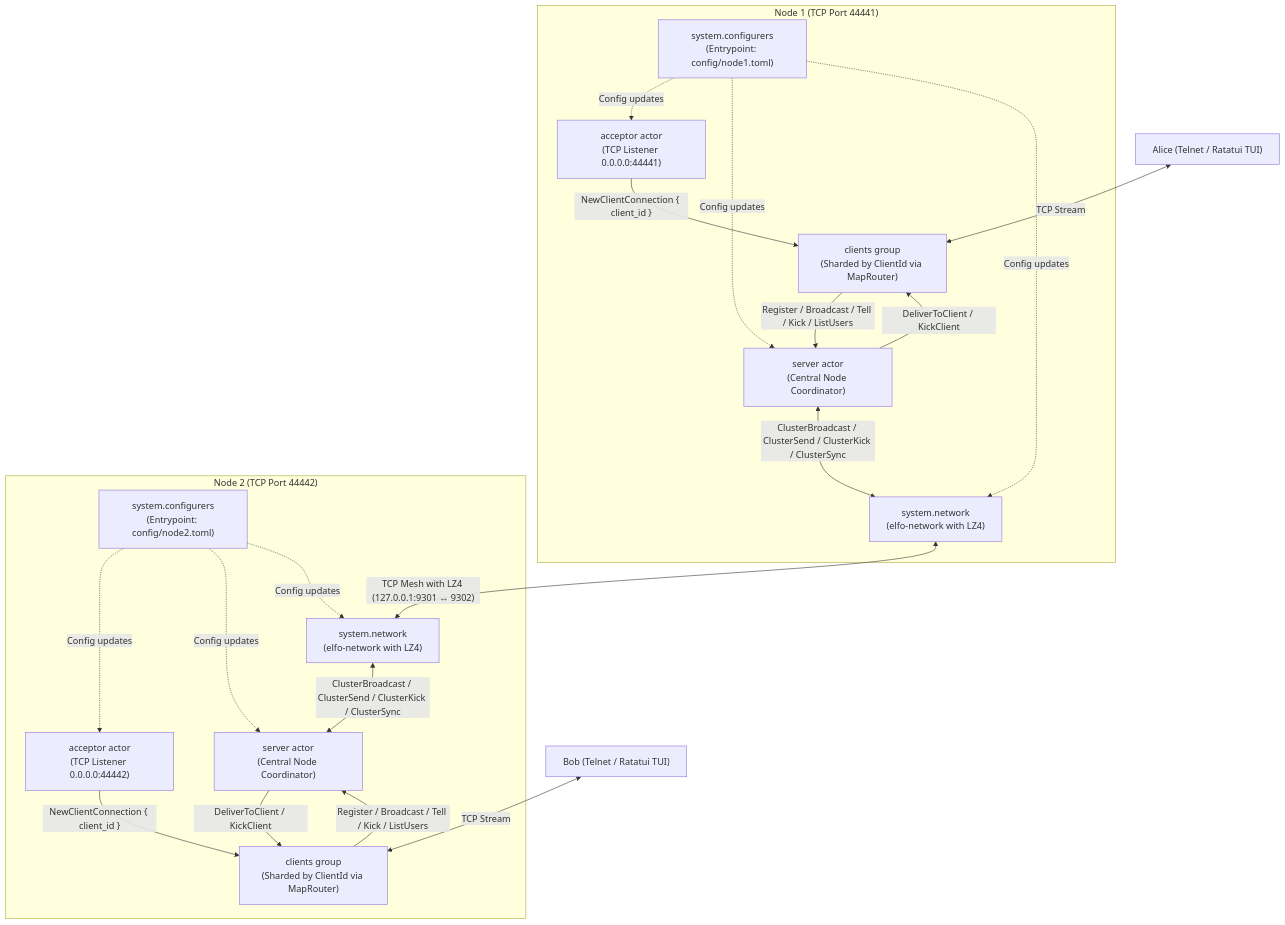
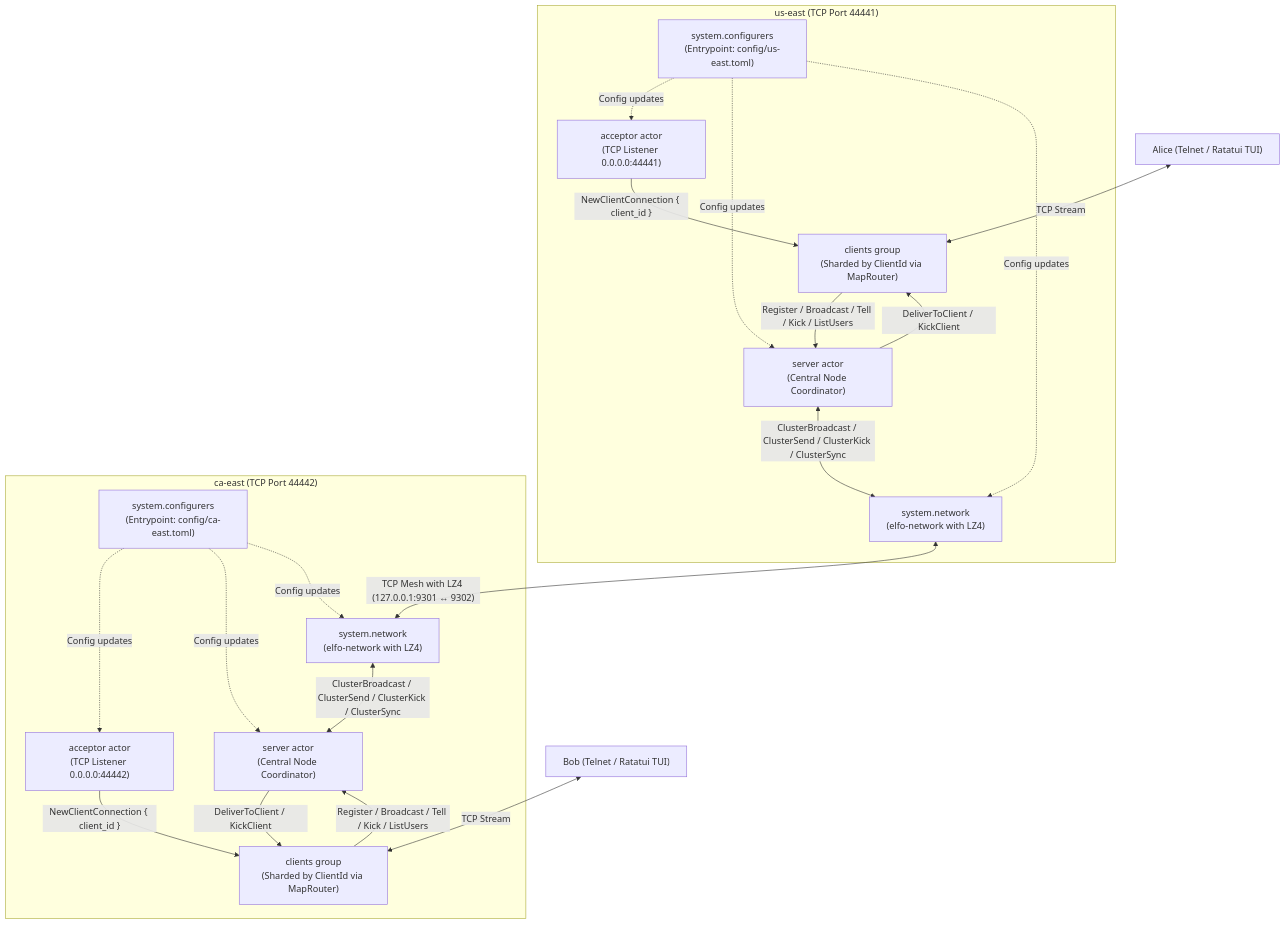
The first of 7 diagrams in distrib-chat/README.md (smunix/parconc-rs), drawn with Mermaid before and after one commit. The commit also changed other lines of this file and 12 other files, not shown here.

````diff
--- a/distrib-chat/README.md
+++ b/distrib-chat/README.md
@@ -65,39 +65,39 @@
 ```mermaid
 flowchart TD
-    subgraph Node1 ["Node 1 (TCP Port 44441)"]
+    subgraph UsEast ["us-east (TCP Port 44441)"]
         Acceptor1["acceptor actor<br/>(TCP Listener 0.0.0.0:44441)"]
         Clients1["clients group<br/>(Sharded by ClientId via MapRouter)"]
         Server1["server actor<br/>(Central Node Coordinator)"]
         Network1["system.network<br/>(elfo-network with LZ4)"]
-        Config1["system.configurers<br/>(Entrypoint: config/node1.toml)"]
+        Config1["system.configurers<br/>(Entrypoint: config/us-east.toml)"]
 
         Acceptor1 -->|"NewClientConnection { client_id }"| Clients1
         Clients1 -->|"Register / Broadcast / Tell / Kick / ListUsers"| Server1
         Server1 -->|"DeliverToClient / KickClient"| Clients1
         Server1 <-->|"ClusterBroadcast / ClusterSend / ClusterKick / ClusterSync"| Network1
         Config1 -.->|"Config updates"| Acceptor1
         Config1 -.->|"Config updates"| Server1
         Config1 -.->|"Config updates"| Network1
     end
 
-    subgraph Node2 ["Node 2 (TCP Port 44442)"]
+    subgraph CaEast ["ca-east (TCP Port 44442)"]
         Network2["system.network<br/>(elfo-network with LZ4)"]
         Server2["server actor<br/>(Central Node Coordinator)"]
         Clients2["clients group<br/>(Sharded by ClientId via MapRouter)"]
         Acceptor2["acceptor actor<br/>(TCP Listener 0.0.0.0:44442)"]
-        Config2["system.configurers<br/>(Entrypoint: config/node2.toml)"]
+        Config2["system.configurers<br/>(Entrypoint: config/ca-east.toml)"]
 
         Network2 <-->|"ClusterBroadcast / ClusterSend / ClusterKick / ClusterSync"| Server2
         Server2 -->|"DeliverToClient / KickClient"| Clients2
         Clients2 -->|"Register / Broadcast / Tell / Kick / ListUsers"| Server2
         Acceptor2 -->|"NewClientConnection { client_id }"| Clients2
         Config2 -.->|"Config updates"| Acceptor2
         Config2 -.->|"Config updates"| Server2
         Config2 -.->|"Config updates"| Network2
     end
 
     Alice["Alice (Telnet / Ratatui TUI)"] <-->|"TCP Stream"| Clients1
     Bob["Bob (Telnet / Ratatui TUI)"] <-->|"TCP Stream"| Clients2
 
     Network1 <-->|"TCP Mesh with LZ4 (127.0.0.1:9301 &harr; 9302)"| Network2
 ```
````
